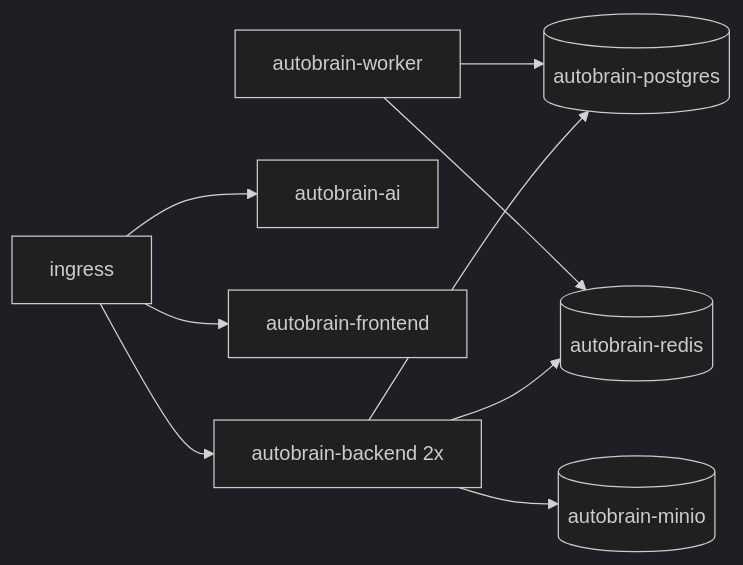
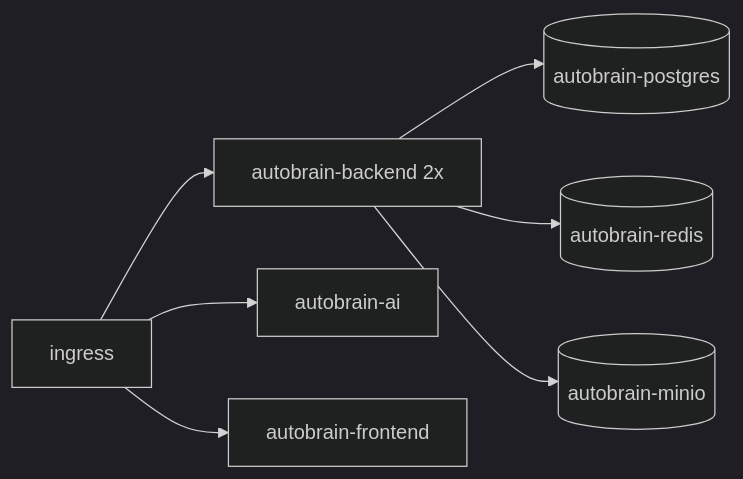
The fourth of 4 diagrams in docs/Deployment-and-Infrastructure/infrastructure-diagrams.md (CannonFodder151/autobrain), drawn with Mermaid (dark theme) before and after one commit. The commit also changed 6 other files, not shown here.

````diff
--- a/docs/Deployment-and-Infrastructure/infrastructure-diagrams.md
+++ b/docs/Deployment-and-Infrastructure/infrastructure-diagrams.md
@@ -44,11 +44,9 @@
 ```mermaid
 graph LR
     Ingress[ingress] --> B2[autobrain-backend 2x]
     Ingress --> AI2[autobrain-ai]
     Ingress --> FE2[autobrain-frontend]
     B2 --> PG[(autobrain-postgres)]
     B2 --> RD[(autobrain-redis)]
     B2 --> MN[(autobrain-minio)]
-    WorkerK[autobrain-worker] --> RD
-    WorkerK --> PG
 ```
````
